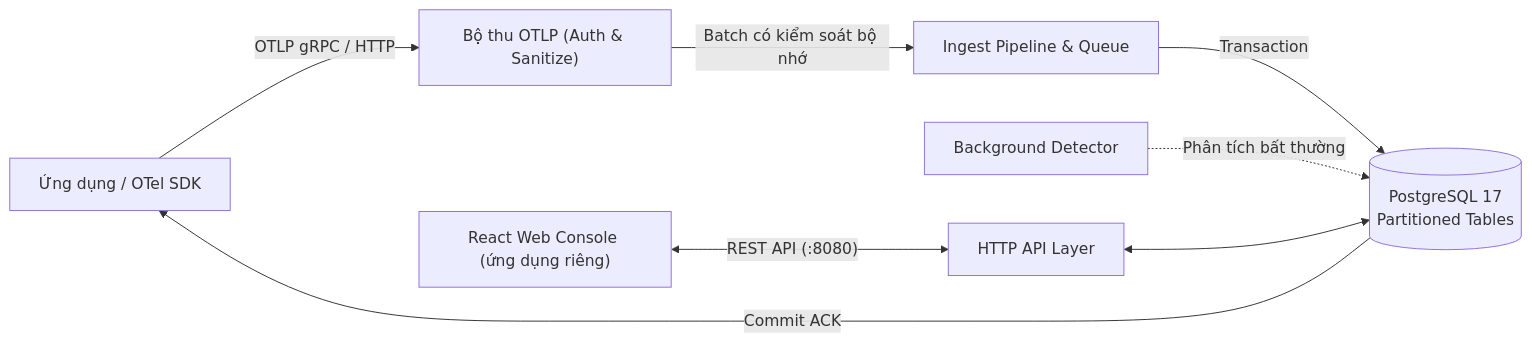
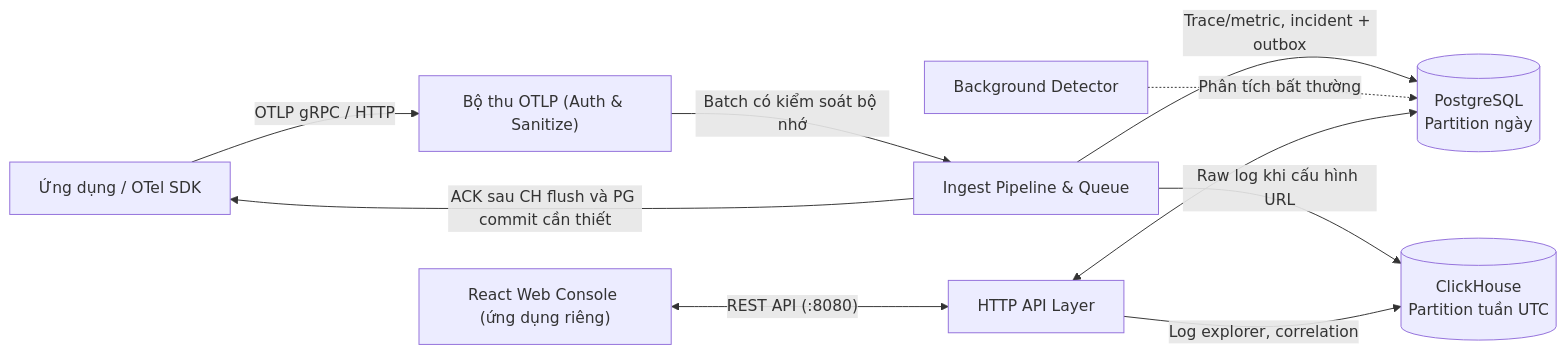
The diagram in README.md (vanquan3008/flight-recorder), drawn with Mermaid before and after one commit. The commit also changed other lines of this file and 46 other files, not shown here.

````diff
--- a/README.md
+++ b/README.md
@@ -138,10 +188,12 @@
 ```mermaid
 flowchart LR
     App["Ứng dụng / OTel SDK"] -->|"OTLP gRPC / HTTP"| Ingest["Bộ thu OTLP (Auth & Sanitize)"]
     Ingest -->|"Batch có kiểm soát bộ nhớ"| Pipeline["Ingest Pipeline & Queue"]
-    Pipeline -->|"Transaction"| DB[("PostgreSQL 17\nPartitioned Tables")]
-    DB -->|"Commit ACK"| App
+    Pipeline -->|"Trace/metric, incident + outbox"| DB[("PostgreSQL\nPartition ngày")]
+    Pipeline -->|"Raw log khi cấu hình URL"| CH[("ClickHouse\nPartition tuần UTC")]
+    Pipeline -->|"ACK sau CH flush và PG commit cần thiết"| App
     Detector["Background Detector"] -.->|"Phân tích bất thường"| DB
     Console["React Web Console (ứng dụng riêng)"] <-->|"REST API (:8080)"| HTTPAPI["HTTP API Layer"]
     HTTPAPI <--> DB
+    HTTPAPI -->|"Log explorer, correlation"| CH
 ```
````
